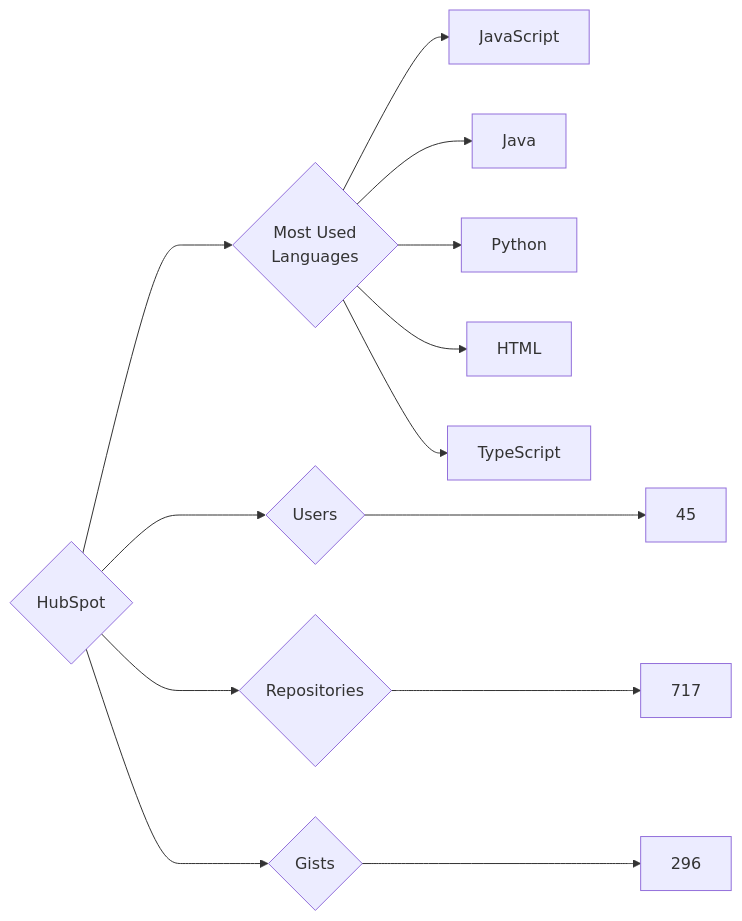
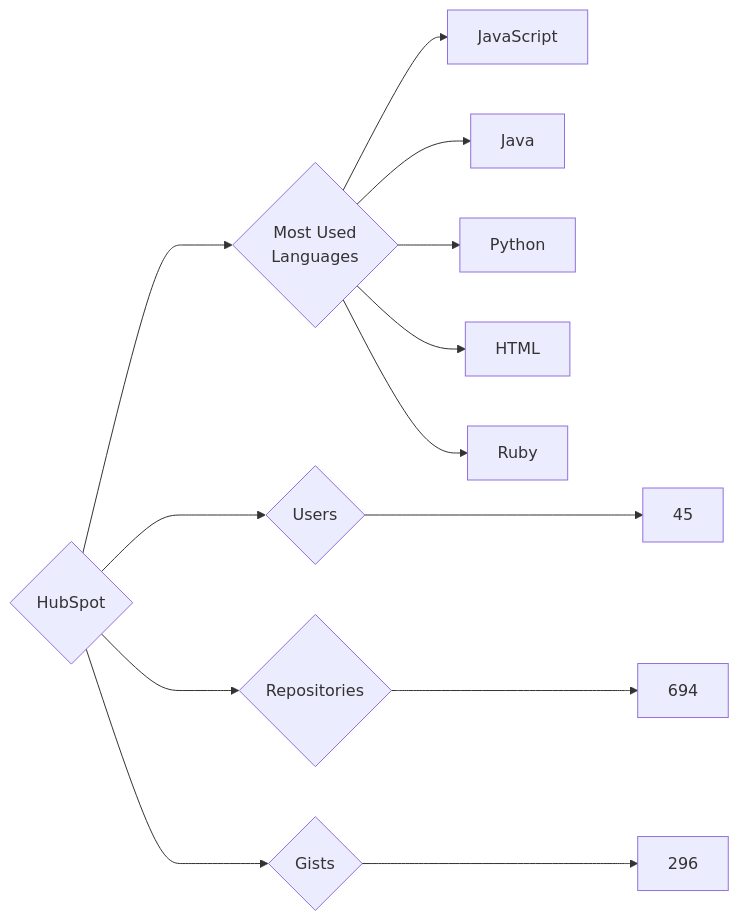
One commit to trickest/insiders changed the diagram in targets/HubSpot/README.md. Above: the diagram before and after it, drawn with Mermaid. The commit also changed 639 other files, not shown here.

````diff
--- a/targets/HubSpot/README.md
+++ b/targets/HubSpot/README.md
@@ -3,13 +3,13 @@
 ```mermaid
 graph LR
 COMPANY_NAME{HubSpot}
 COMPANY_NAME ---> U{Users} ---> UN[45]
-COMPANY_NAME ---> R{Repositories} ---> RN[717]
+COMPANY_NAME ---> R{Repositories} ---> RN[694]
 COMPANY_NAME ---> G{Gists} ---> GN[296]
 COMPANY_NAME ---> ML{Most Used<br>Languages}
 ML --> JavaScript[JavaScript]
 ML --> Java[Java]
 ML --> Python[Python]
 ML --> HTML[HTML]
-ML --> TypeScript[TypeScript]
+ML --> Ruby[Ruby]
 ```
````
